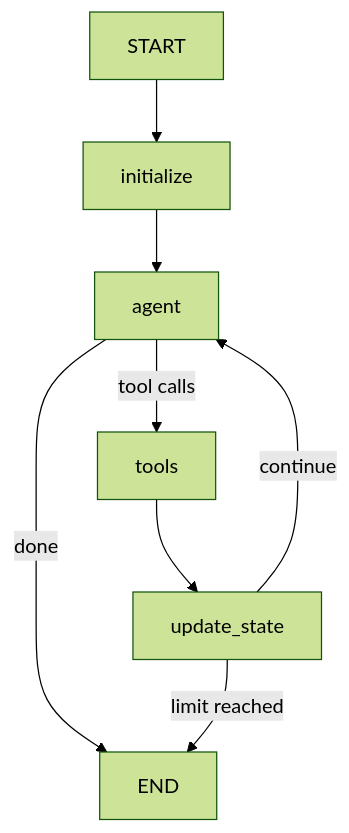
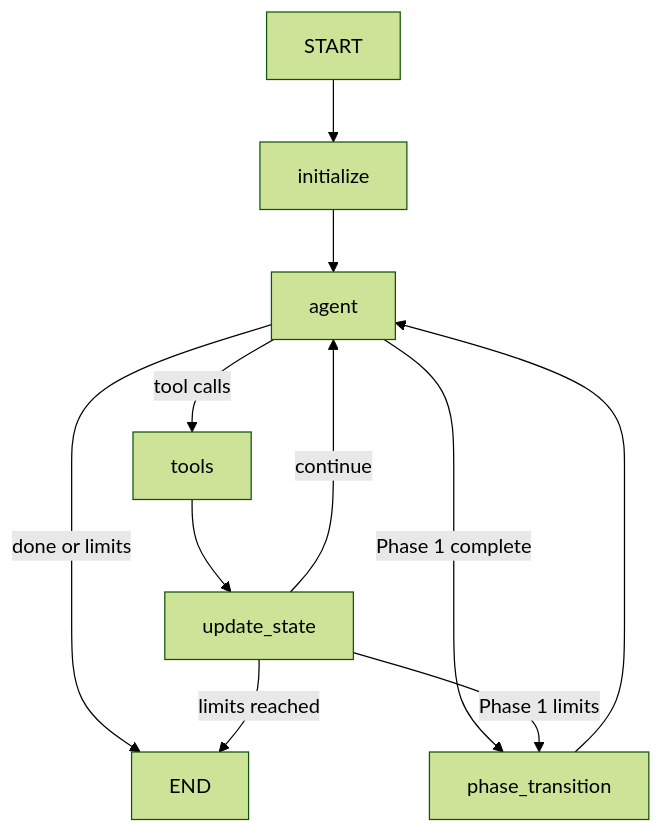
The third of 6 diagrams in docs/ARCH.md (advent-lab/llm-verif), drawn with Mermaid (forest theme) before and after one commit. The commit also changed other lines of this file and 3 other files, not shown here.

````diff
--- a/docs/ARCH.md
+++ b/docs/ARCH.md
@@ -545,10 +427,13 @@
 ```mermaid
 graph TD
     START --> initialize
     initialize --> agent
     agent -->|tool calls| tools
     tools --> update_state
     update_state -->|continue| agent
-    agent -->|done| END
-    update_state -->|limit reached| END
+    agent -->|done or limits| END
+    update_state -->|limits reached| END
+    agent -->|Phase 1 complete| phase_transition
+    update_state -->|Phase 1 limits| phase_transition
+    phase_transition --> agent
 ```
````
